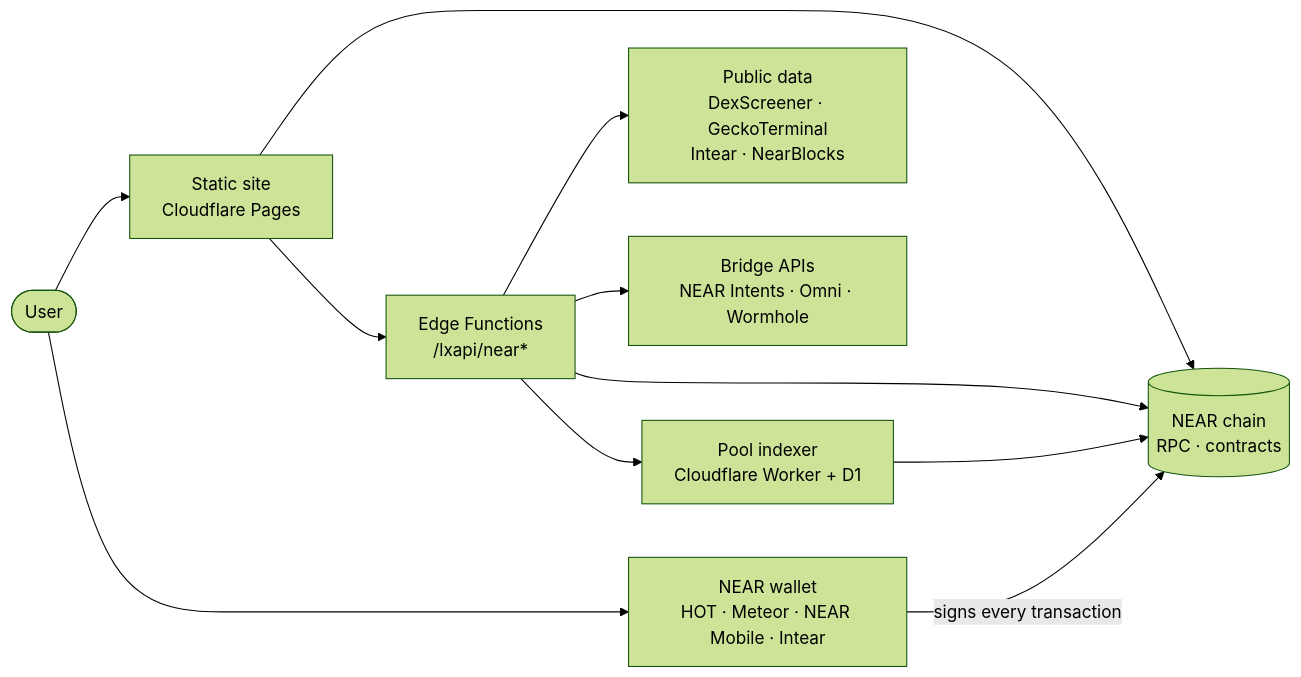
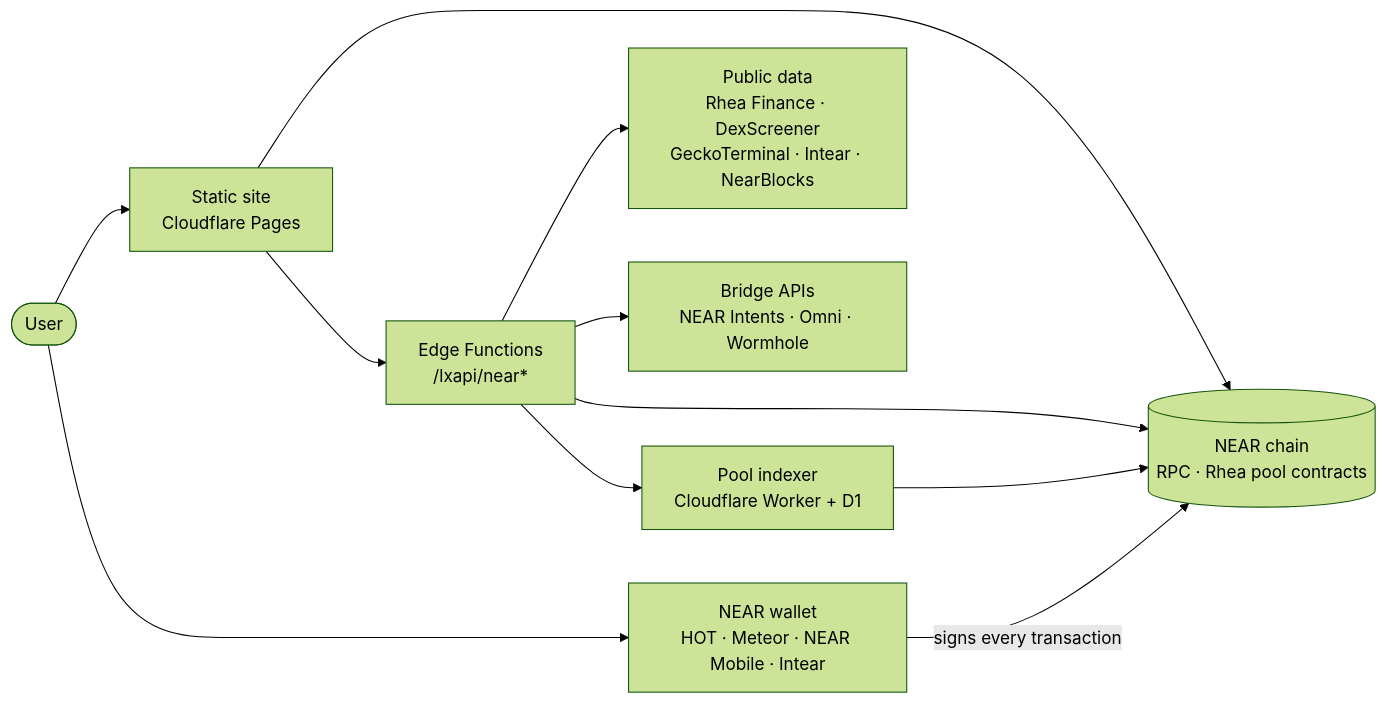
One commit to RazaRizv1/lumoscore-near changed the diagram in README.md. Above: the diagram before and after it, drawn with Mermaid (forest theme). The commit also changed other lines of this file, not shown here.

First line of the commit message:
README: name Rhea Finance in the architecture chart and data sources

````diff
--- a/README.md
+++ b/README.md
@@ -77,13 +77,13 @@
 ```mermaid
 flowchart LR
     U([User]) --> W[NEAR wallet<br/>HOT · Meteor · NEAR Mobile · Intear]
     U --> S[Static site<br/>Cloudflare Pages]
     S --> F[Edge Functions<br/>/lxapi/near*]
-    S --> C[(NEAR chain<br/>RPC · contracts)]
+    S --> C[(NEAR chain<br/>RPC · Rhea pool contracts)]
     F --> C
-    F --> P[Public data<br/>DexScreener · GeckoTerminal<br/>Intear · NearBlocks]
+    F --> P[Public data<br/>Rhea Finance · DexScreener<br/>GeckoTerminal · Intear · NearBlocks]
     F --> B[Bridge APIs<br/>NEAR Intents · Omni · Wormhole]
     I[Pool indexer<br/>Cloudflare Worker + D1] --> C
     F --> I
     W -- signs every transaction --> C
 ```
````
